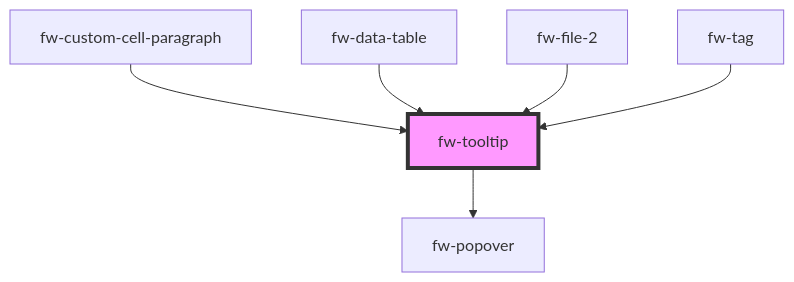
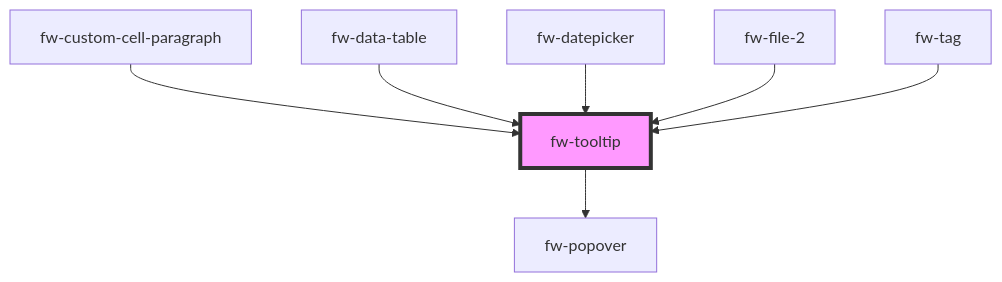
One commit to freshworks/crayons changed the diagram in packages/crayons-core/src/components/tooltip/readme.md. Above: the diagram before and after it, drawn with Mermaid. The commit also changed other lines of this file and 7 other files, not shown here.

````diff
--- a/packages/crayons-core/src/components/tooltip/readme.md
+++ b/packages/crayons-core/src/components/tooltip/readme.md
@@ -395,9 +396,10 @@
 ```mermaid
 graph TD;
   fw-tooltip --> fw-popover
   fw-custom-cell-paragraph --> fw-tooltip
   fw-data-table --> fw-tooltip
+  fw-datepicker --> fw-tooltip
   fw-file-2 --> fw-tooltip
   fw-tag --> fw-tooltip
   style fw-tooltip fill:#f9f,stroke:#333,stroke-width:4px
 ```
````
